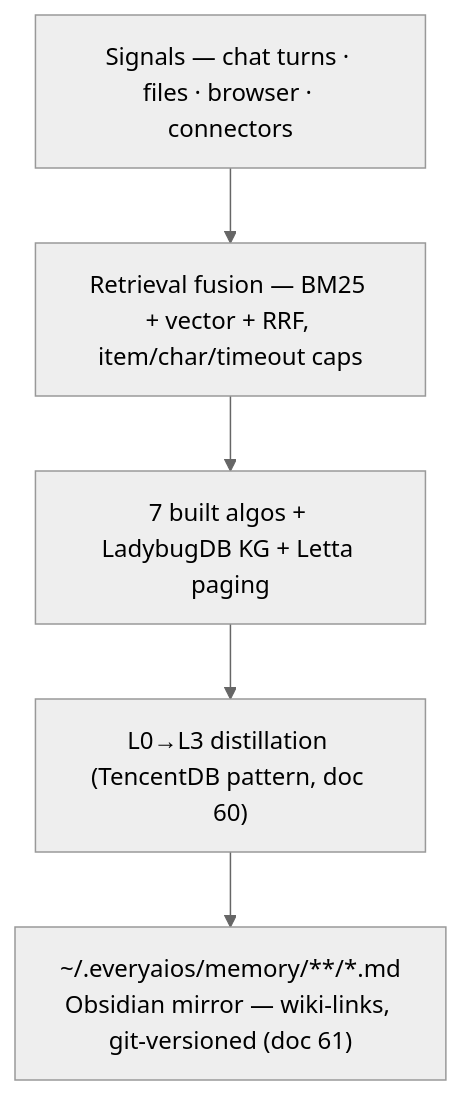
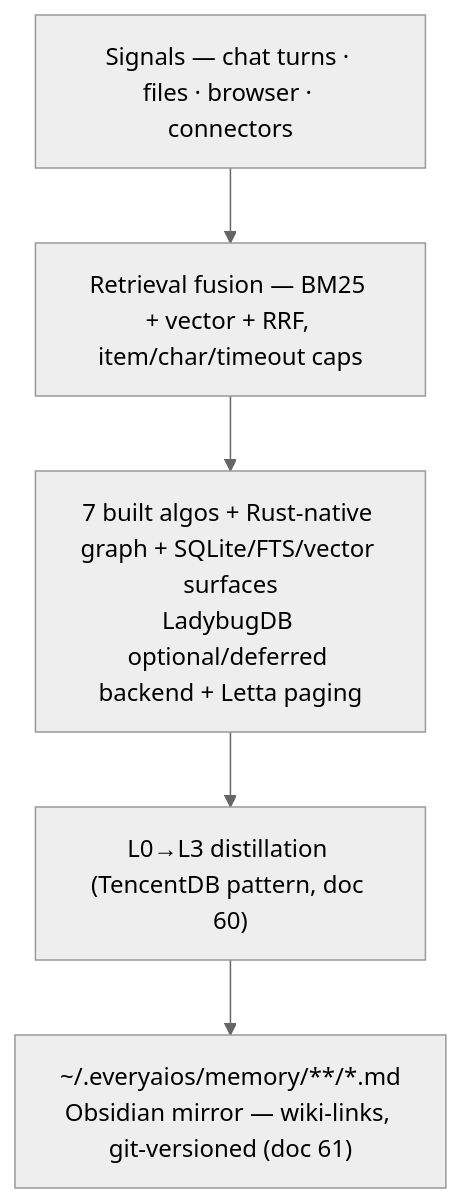
The eighth of 9 diagrams in DESKTOP-APP-SPEC.md (sarv-projects/EveryAIOS), drawn with Mermaid (neutral theme) before and after one commit. The commit also changed other lines of this file and 180 other files, not shown here.

````diff
--- a/DESKTOP-APP-SPEC.md
+++ b/DESKTOP-APP-SPEC.md
@@ -562,7 +565,7 @@
 ```mermaid
 flowchart TD
     IN["Signals — chat turns · files · browser · connectors"] --> FUSION["Retrieval fusion — BM25 + vector + RRF, item/char/timeout caps"]
-    FUSION --> STORES["7 built algos + LadybugDB KG + Letta paging"]
+    FUSION --> STORES["7 built algos + Rust-native graph + SQLite/FTS/vector surfaces<br/>LadybugDB optional/deferred backend + Letta paging"]
     STORES --> DISTILL["L0→L3 distillation (TencentDB pattern, doc 60)"]
     DISTILL --> MIRROR["~/.everyaios/memory/**/*.md<br/>Obsidian mirror — wiki-links, git-versioned (doc 61)"]
 ```
````
